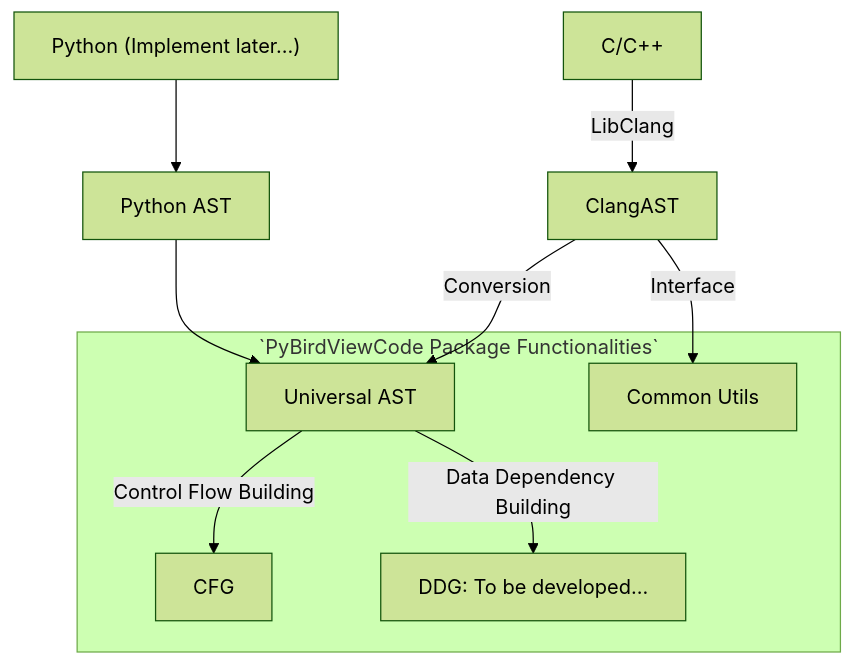
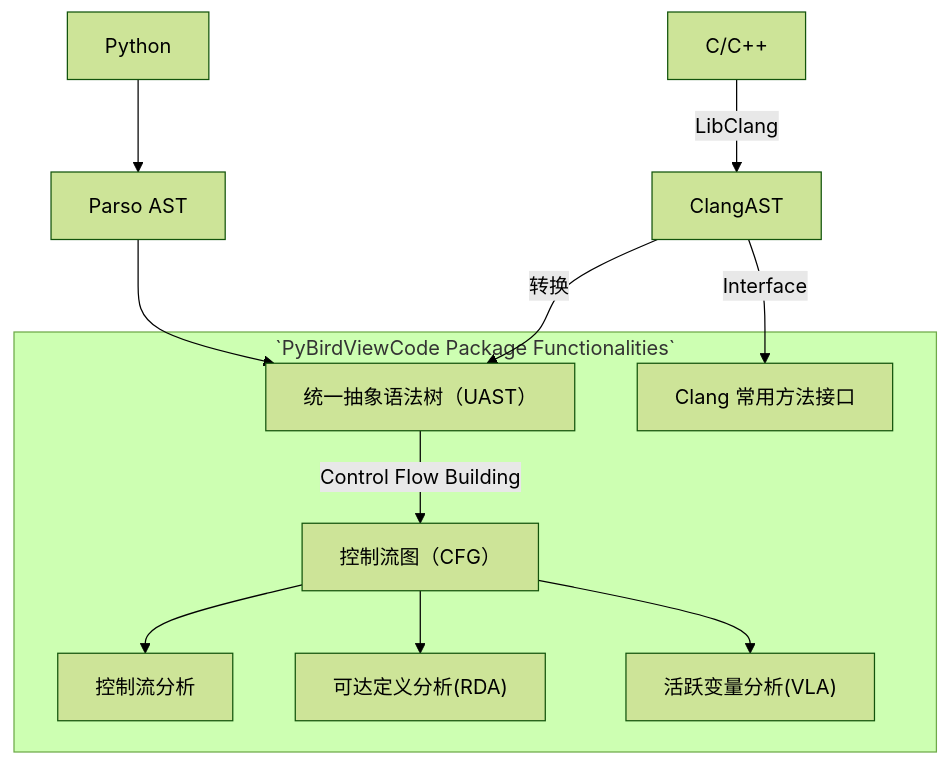
The diagram in docs-zh/assets/pbvc-arch.mermaid (h-mole/MetronomeStatic), drawn with Mermaid (forest theme) before and after one commit. The commit also changed 26 other files, not shown here.

Commit message:
initialized data flow analysis method

```diff
--- a/docs-zh/assets/pbvc-arch.mermaid
+++ b/docs-zh/assets/pbvc-arch.mermaid
@@ -1,17 +1,19 @@
 graph TD
     C/C++ -->|LibClang| ClangAST
-    Python["Python (Implement later...)"] --> PythonAST[Python AST] --> UAST
+    Python["Python"] --> PythonAST[Parso AST] --> UAST
     
-    ClangAST -->|Conversion| UAST
+    ClangAST -->|转换| UAST
 
     subgraph `PyBirdViewCode Package Functionalities`
 
-        UAST[Universal AST]
-        CommonUtils["Common Utils"]
+        UAST["统一抽象语法树（UAST）"]
+        CommonUtils["Clang 常用方法接口"]
         
-        UAST -->|Control Flow Building| CFG
-        UAST -->|Data Dependency Building| DDG["DDG: To be developed..."]
+        UAST -->|Control Flow Building| CFG["控制流图（CFG）"]
+        CFG --> ControlFlowAnalysis["控制流分析"] 
+        CFG --> RDA["可达定义分析(RDA)"]
+        CFG --> VLA["活跃变量分析(VLA)"]
     
     end
 
     ClangAST --> |Interface| CommonUtils
```
